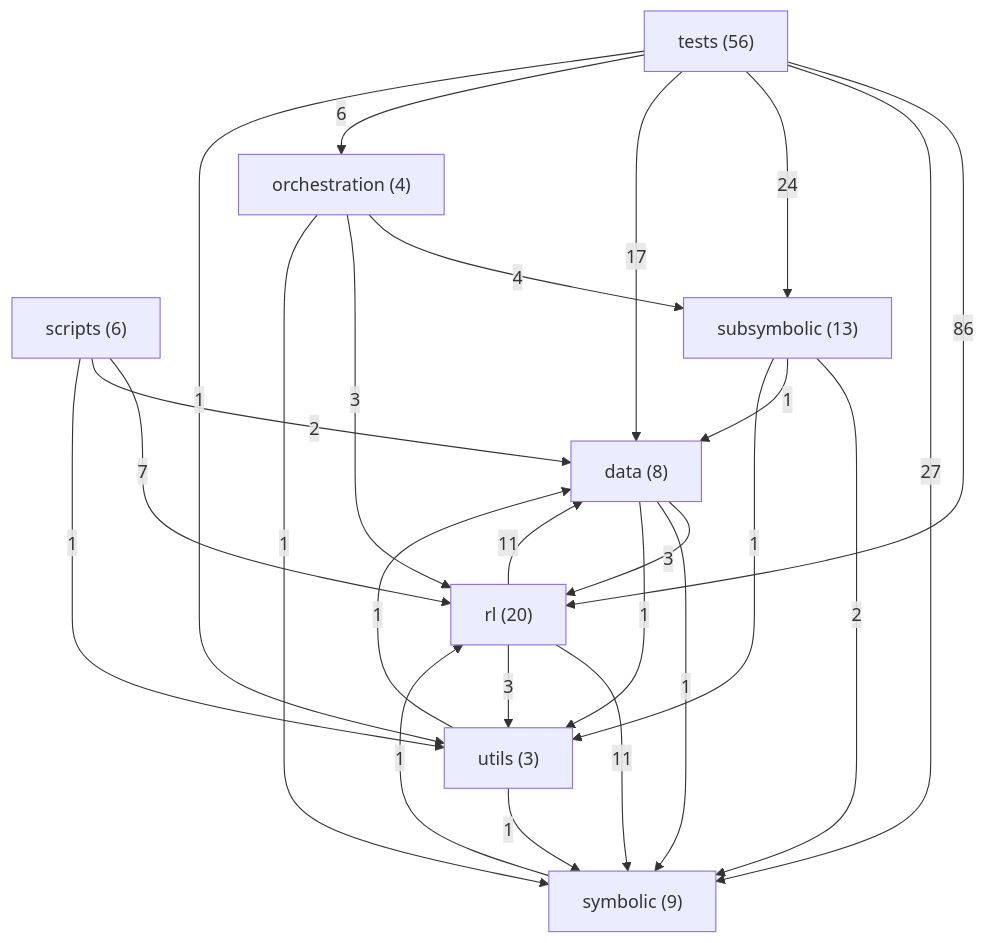
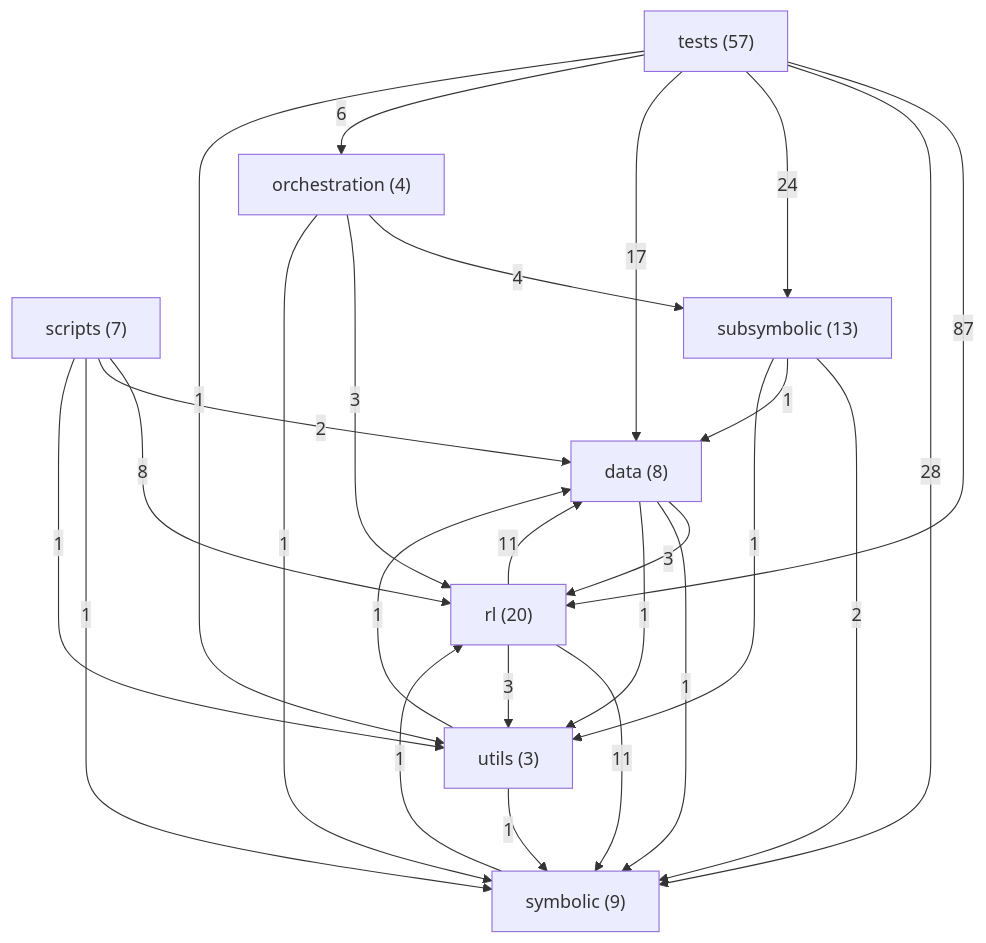
The diagram in ARCHITECTURE.md (danrd/ARC-AGI), drawn with Mermaid before and after one commit. The commit also changed other lines of this file and 2 other files, not shown here.

Commit message:
Measure what the symbolic solvers solve, per split and per solver
Each task is scored claim by claim and again after checked_solve holds the
claim to the task's own examples, so the number that matters - kept and
correct - and the precision after the check can be reproduced. Written as
one line per task and resumable, and each solver is cut off after a
timeout, so a run survives a restart and a solver that hangs.

Claude-Session: https://claude.ai/code/session_01AxUKUd9JPHao7rQPt3sTcu

````diff
--- a/ARCHITECTURE.md
+++ b/ARCHITECTURE.md
@@ -153,35 +153,36 @@
 ```mermaid
 graph TD
   data["data (8)"]
   orchestration["orchestration (4)"]
   rl["rl (20)"]
-  scripts["scripts (6)"]
+  scripts["scripts (7)"]
   subsymbolic["subsymbolic (13)"]
   symbolic["symbolic (9)"]
-  tests["tests (56)"]
+  tests["tests (57)"]
   utils["utils (3)"]
-  tests -->|86| rl
-  tests -->|27| symbolic
+  tests -->|87| rl
+  tests -->|28| symbolic
   tests -->|24| subsymbolic
   tests -->|17| data
   rl -->|11| data
   rl -->|11| symbolic
-  scripts -->|7| rl
+  scripts -->|8| rl
   tests -->|6| orchestration
   orchestration -->|4| subsymbolic
   data -->|3| rl
   orchestration -->|3| rl
   rl -->|3| utils
   scripts -->|2| data
   subsymbolic -->|2| symbolic
   data -->|1| symbolic
   data -->|1| utils
   orchestration -->|1| symbolic
+  scripts -->|1| symbolic
   scripts -->|1| utils
   subsymbolic -->|1| data
   subsymbolic -->|1| utils
   symbolic -->|1| rl
   tests -->|1| utils
   utils -->|1| data
   utils -->|1| symbolic
 ```
````
